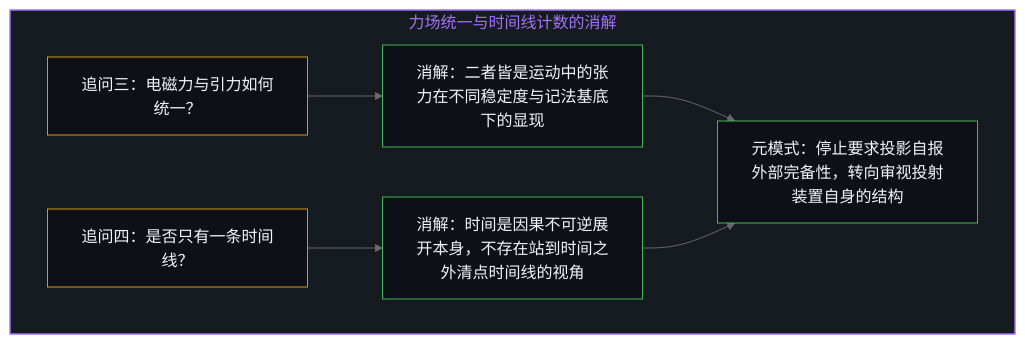
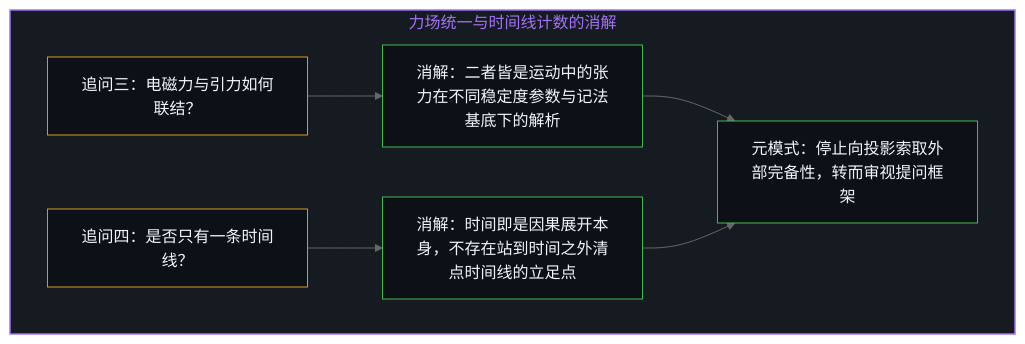
The third of 4 diagrams in content/posts/four-night-questions.md (powerpig99/not-a-toe), drawn with Mermaid (neutral theme) before and after one commit. The commit also changed other lines of this file and 7 other files, not shown here.

````diff
--- a/content/posts/four-night-questions.md
+++ b/content/posts/four-night-questions.md
@@ -53,15 +53,15 @@
 ```mermaid
 graph TD
     subgraph S_Q34["力场统一与时间线计数的消解"]
-        Q3["追问三：电磁力与引力如何统一？"] --> D3["消解：二者皆是运动中的张力在不同稳定度与记法基底下的显现"]
-        Q4["追问四：是否只有一条时间线？"] --> D4["消解：时间是因果不可逆展开本身，不存在站到时间之外清点时间线的视角"]
-        D3 --> M["元模式：停止要求投影自报外部完备性，转向审视投射装置自身的结构"]
+        Q3["追问三：电磁力与引力如何联结？"] --> D3["消解：二者皆是运动中的张力在不同稳定度参数与记法基底下的解析"]
+        Q4["追问四：是否只有一条时间线？"] --> D4["消解：时间即是因果展开本身，不存在站到时间之外清点时间线的立足点"]
+        D3 --> M["元模式：停止向投影索取外部完备性，转而审视提问框架"]
         D4 --> M
     end
     style S_Q34 fill:#161b22,stroke:#a371f7,stroke-width:1.5px,color:#a371f7
     style Q3 fill:#0d1117,stroke:#d29922,stroke-width:1px,color:#f0f6fc
     style D3 fill:#0d1117,stroke:#3fb950,stroke-width:1px,color:#f0f6fc
     style Q4 fill:#0d1117,stroke:#d29922,stroke-width:1px,color:#f0f6fc
     style D4 fill:#0d1117,stroke:#3fb950,stroke-width:1px,color:#f0f6fc
     style M fill:#0d1117,stroke:#3fb950,stroke-width:1px,color:#f0f6fc
 ```
````
